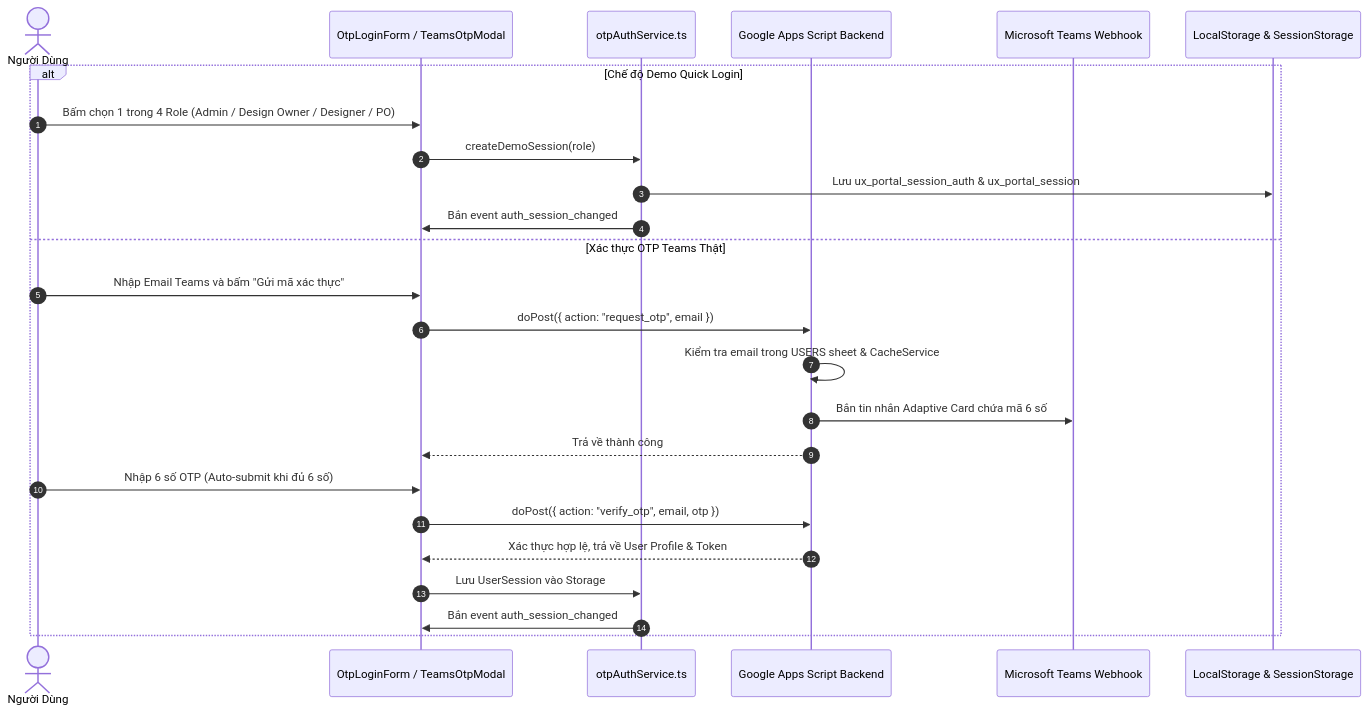
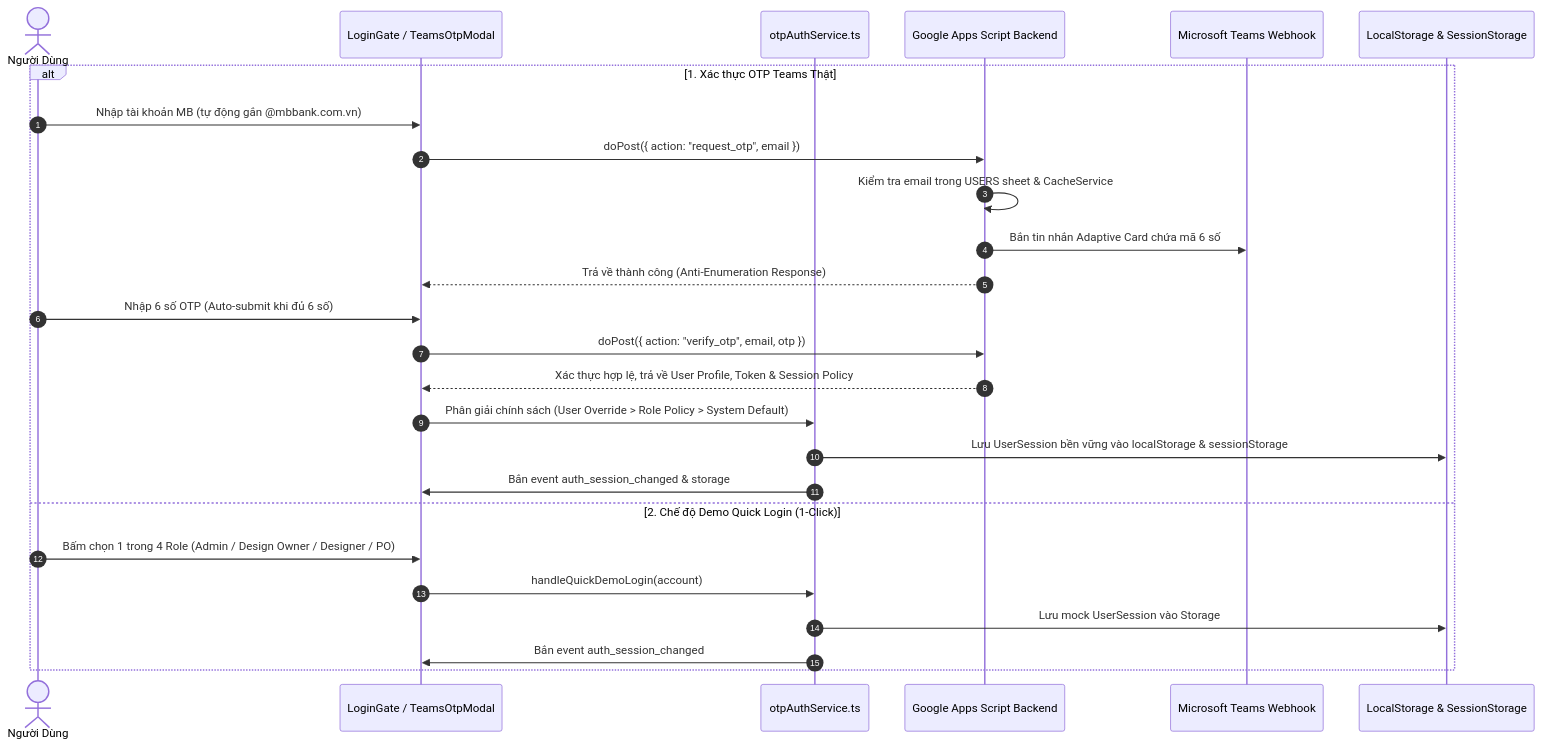
One commit to mbuxdesigner/UXMBTaskRequest changed the diagram in doc/features/01_AUTH_AND_SESSION_MANAGEMENT.md. Above: the diagram before and after it, drawn with Mermaid. The commit also changed other lines of this file and 38 other files, not shown here.

````diff
--- a/doc/features/01_AUTH_AND_SESSION_MANAGEMENT.md
+++ b/doc/features/01_AUTH_AND_SESSION_MANAGEMENT.md
@@ -23,28 +26,29 @@
 ```mermaid
 sequenceDiagram
     autonumber
     actor User as Người Dùng
-    participant UI as OtpLoginForm / TeamsOtpModal
+    participant UI as LoginGate / TeamsOtpModal
     participant Service as otpAuthService.ts
     participant GAS as Google Apps Script Backend
     participant Teams as Microsoft Teams Webhook
     participant Storage as LocalStorage & SessionStorage
 
-    alt Chế độ Demo Quick Login
-        User->>UI: Bấm chọn 1 trong 4 Role (Admin / Design Owner / Designer / PO)
-        UI->>Service: createDemoSession(role)
-        Service->>Storage: Lưu ux_portal_session_auth & ux_portal_session
-        Service->>UI: Bắn event auth_session_changed
-    else Xác thực OTP Teams Thật
-        User->>UI: Nhập Email Teams và bấm "Gửi mã xác thực"
+    alt 1. Xác thực OTP Teams Thật
+        User->>UI: Nhập tài khoản MB (tự động gắn @mbbank.com.vn)
         UI->>GAS: doPost({ action: "request_otp", email })
         GAS->>GAS: Kiểm tra email trong USERS sheet & CacheService
         GAS->>Teams: Bắn tin nhắn Adaptive Card chứa mã 6 số
-        GAS-->>UI: Trả về thành công
+        GAS-->>UI: Trả về thành công (Anti-Enumeration Response)
         User->>UI: Nhập 6 số OTP (Auto-submit khi đủ 6 số)
         UI->>GAS: doPost({ action: "verify_otp", email, otp })
-        GAS-->>UI: Xác thực hợp lệ, trả về User Profile & Token
-        UI->>Service: Lưu UserSession vào Storage
+        GAS-->>UI: Xác thực hợp lệ, trả về User Profile, Token & Session Policy
+        UI->>Service: Phân giải chính sách (User Override > Role Policy > System Default)
+        Service->>Storage: Lưu UserSession bền vững vào localStorage & sessionStorage
+        Service->>UI: Bắn event auth_session_changed & storage
+    else 2. Chế độ Demo Quick Login (1-Click)
+        User->>UI: Bấm chọn 1 trong 4 Role (Admin / Design Owner / Designer / PO)
+        UI->>Service: handleQuickDemoLogin(account)
+        Service->>Storage: Lưu mock UserSession vào Storage
         Service->>UI: Bắn event auth_session_changed
     end
 ```
````
